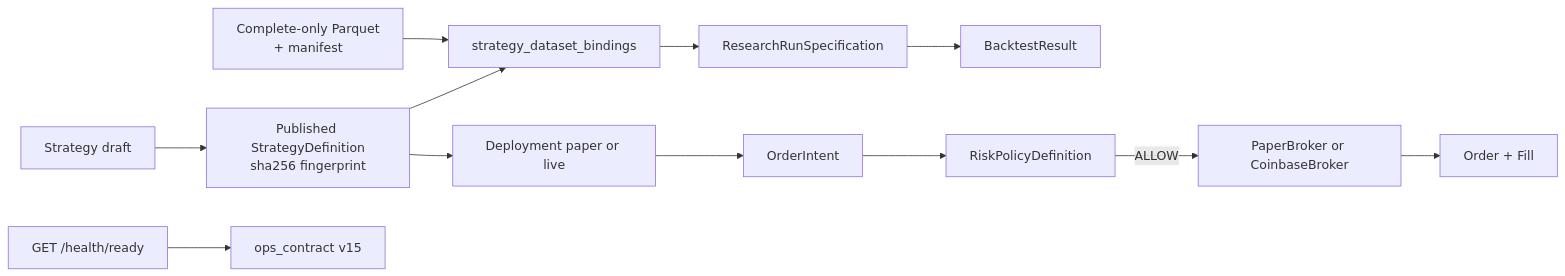
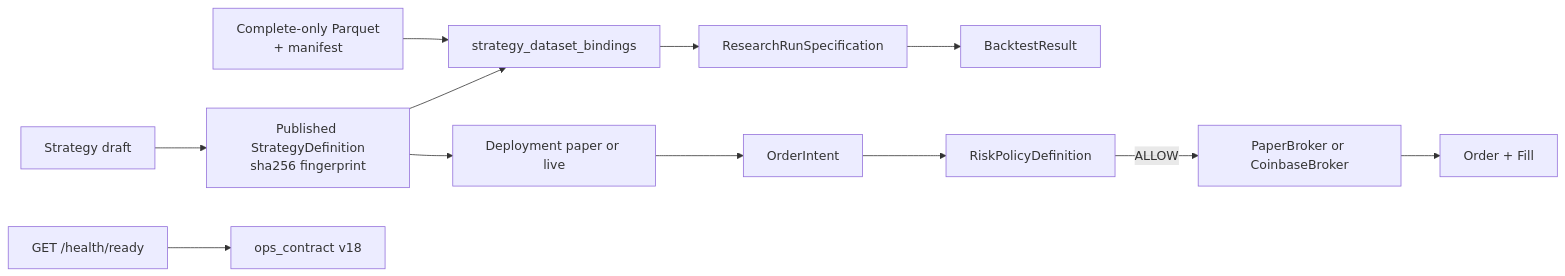
Before and after one commit to Zoltesh/thytrader: the diagram in docs/architecture/contracts/README.md, drawn with Mermaid. The commit also changed 40 other files, not shown here.

````diff
--- a/docs/architecture/contracts/README.md
+++ b/docs/architecture/contracts/README.md
@@ -20,14 +20,14 @@
 ```mermaid
 flowchart LR
   Draft["Strategy draft"] --> Published["Published StrategyDefinition\nsha256 fingerprint"]
   Dataset["Complete-only Parquet\n+ manifest"] --> Binding["strategy_dataset_bindings"]
   Published --> Binding
   Binding --> RunSpec["ResearchRunSpecification"]
   RunSpec --> Result["BacktestResult"]
   Published --> Deploy["Deployment paper or live"]
   Deploy --> Intent["OrderIntent"]
   Intent --> Risk["RiskPolicyDefinition"]
   Risk -->|ALLOW| Broker["PaperBroker or CoinbaseBroker"]
   Broker --> Order["Order + Fill"]
-  Health["GET /health/ready"] --> Ops["ops_contract v15"]
+  Health["GET /health/ready"] --> Ops["ops_contract v18"]
 ```
````
